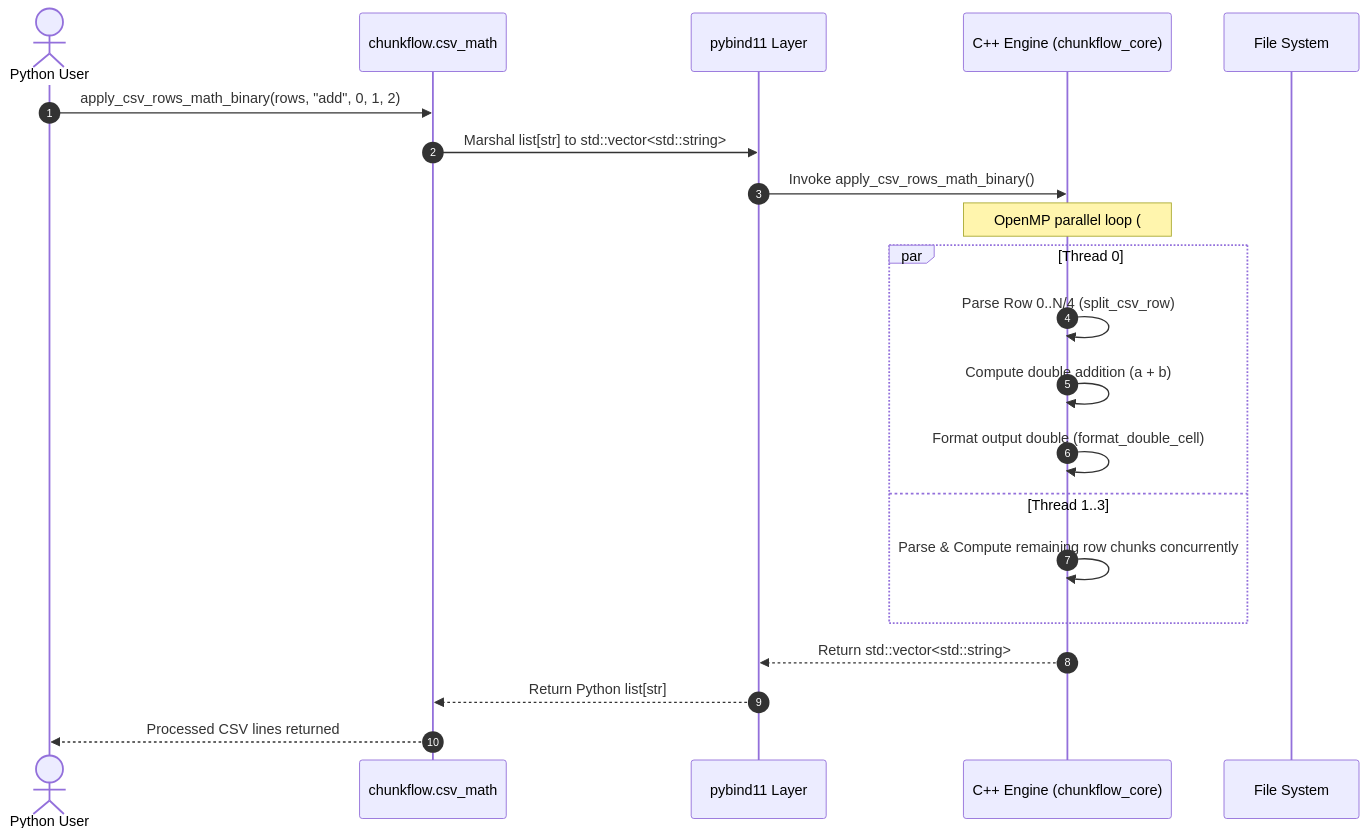
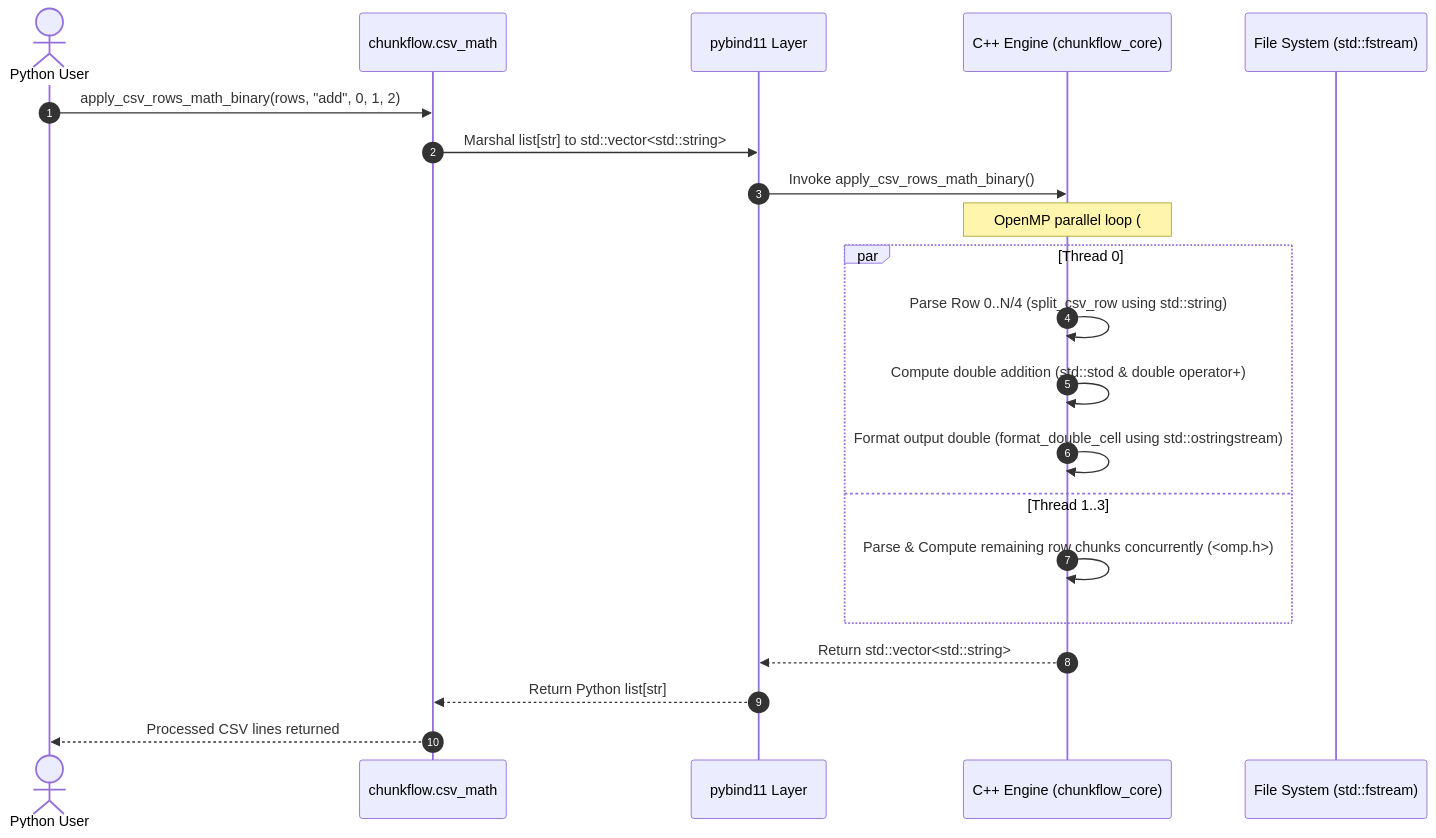
The second of 3 diagrams in docs/PROJECT_FLOW.md (ambersub/Minor-project), drawn with Mermaid before and after one commit. The commit also changed other lines of this file and 5 other files, not shown here.

````diff
--- a/docs/PROJECT_FLOW.md
+++ b/docs/PROJECT_FLOW.md
@@ -56,24 +57,24 @@
 ```mermaid
 sequenceDiagram
     autonumber
     actor User as Python User
     participant PyAPI as chunkflow.csv_math
     participant PyBind as pybind11 Layer
     participant CPP as C++ Engine (chunkflow_core)
-    participant Disk as File System
+    participant Disk as File System (std::fstream)
 
     User->>PyAPI: apply_csv_rows_math_binary(rows, "add", 0, 1, 2)
     PyAPI->>PyBind: Marshal list[str] to std::vector<std::string>
     PyBind->>CPP: Invoke apply_csv_rows_math_binary()
-    Note over CPP: OpenMP parallel loop (#pragma omp parallel for)
+    Note over CPP: OpenMP parallel loop (#pragma omp parallel for via <omp.h>)
     par Thread 0
-        CPP->>CPP: Parse Row 0..N/4 (split_csv_row)
-        CPP->>CPP: Compute double addition (a + b)
-        CPP->>CPP: Format output double (format_double_cell)
+        CPP->>CPP: Parse Row 0..N/4 (split_csv_row using std::string)
+        CPP->>CPP: Compute double addition (std::stod & double operator+)
+        CPP->>CPP: Format output double (format_double_cell using std::ostringstream)
     and Thread 1..3
-        CPP->>CPP: Parse & Compute remaining row chunks concurrently
+        CPP->>CPP: Parse & Compute remaining row chunks concurrently (<omp.h>)
     end
     CPP-->>PyBind: Return std::vector<std::string>
     PyBind-->>PyAPI: Return Python list[str]
     PyAPI-->>User: Processed CSV lines returned
 ```
````
